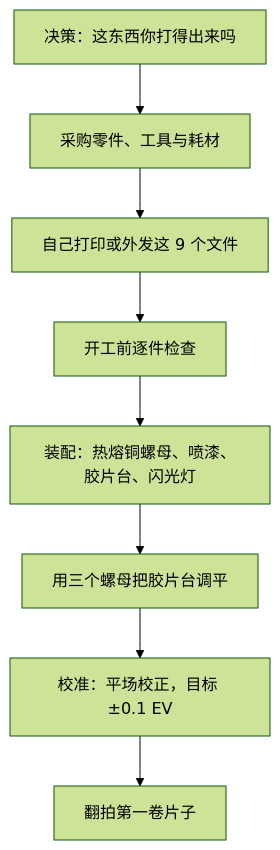
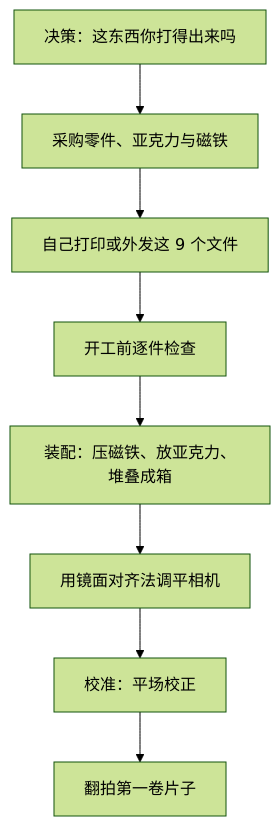
Before and after one commit to Neoanaloglab/Neobox: the diagram in docs/getting-started.zh-CN.md, drawn with Mermaid (forest theme). The commit also changed other lines of this file and 30 other files, not shown here.

````diff
--- a/docs/getting-started.zh-CN.md
+++ b/docs/getting-started.zh-CN.md
@@ -97,10 +99,10 @@
 ```mermaid
 flowchart TD
-    A["决策：这东西你打得出来吗"] --> B["采购零件、工具与耗材"]
+    A["决策：这东西你打得出来吗"] --> B["采购零件、亚克力与磁铁"]
     B --> C["自己打印或外发这 9 个文件"]
     C --> D["开工前逐件检查"]
-    D --> E["装配：热熔铜螺母、喷漆、胶片台、闪光灯"]
-    E --> F["用三个螺母把胶片台调平"]
-    F --> G["校准：平场校正，目标 ±0.1 EV"]
+    D --> E["装配：压磁铁、放亚克力、堆叠成箱"]
+    E --> F["用镜面对齐法调平相机"]
+    F --> G["校准：平场校正"]
     G --> H["翻拍第一卷片子"]
 ```
````
